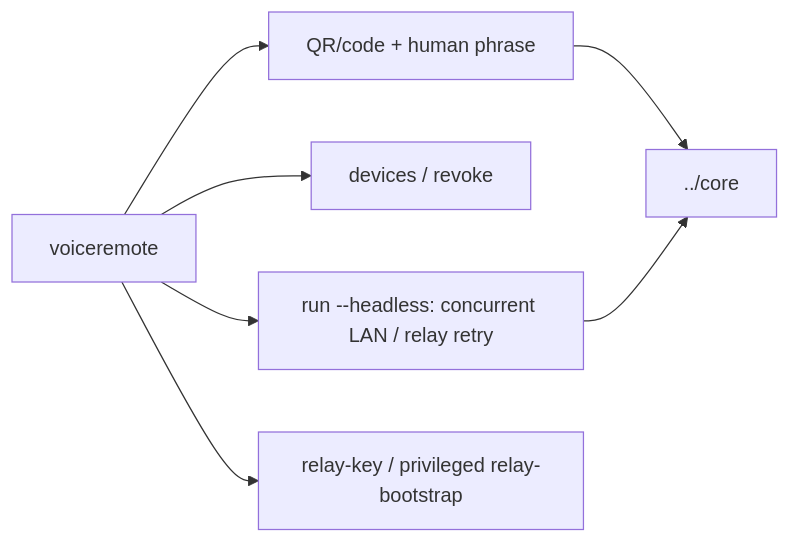
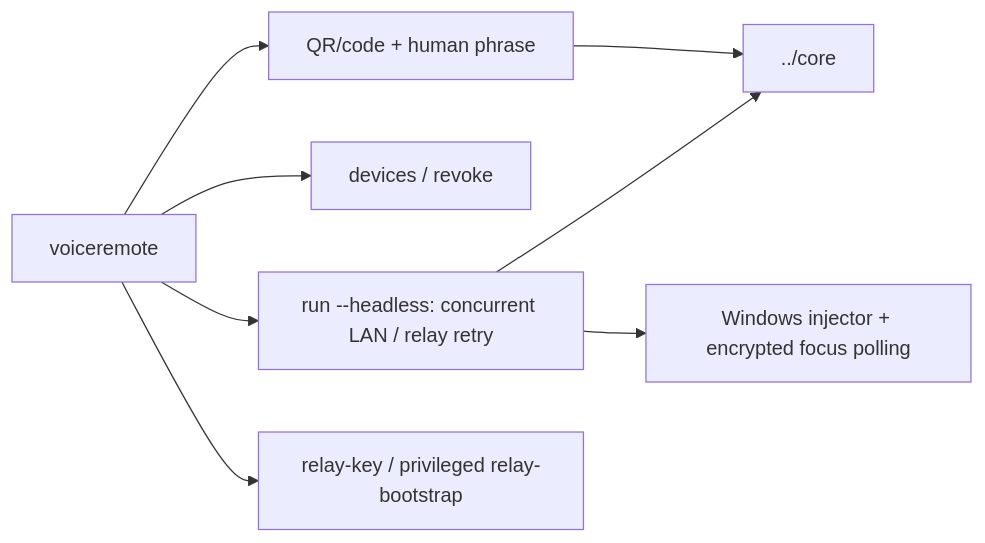
One commit to Harwasch/voiceremote changed the diagram in SW/desktop/crates/app/README.md. Above: the diagram before and after it, drawn with Mermaid. The commit also changed other lines of this file and 25 other files, not shown here.

Commit message:
SW: Windows text injection and focus report

````diff
--- a/SW/desktop/crates/app/README.md
+++ b/SW/desktop/crates/app/README.md
@@ -1,8 +1,9 @@
 ```mermaid
 flowchart LR
     CLI[voiceremote] --> Pair[QR/code + human phrase]
     CLI --> Registry[devices / revoke]
     CLI --> Run[run --headless: concurrent LAN / relay retry]
     CLI --> Relay[relay-key / privileged relay-bootstrap]
     Pair & Run --> Core[../core]
+    Run --> Windows[Windows injector + encrypted focus polling]
 ```
````
